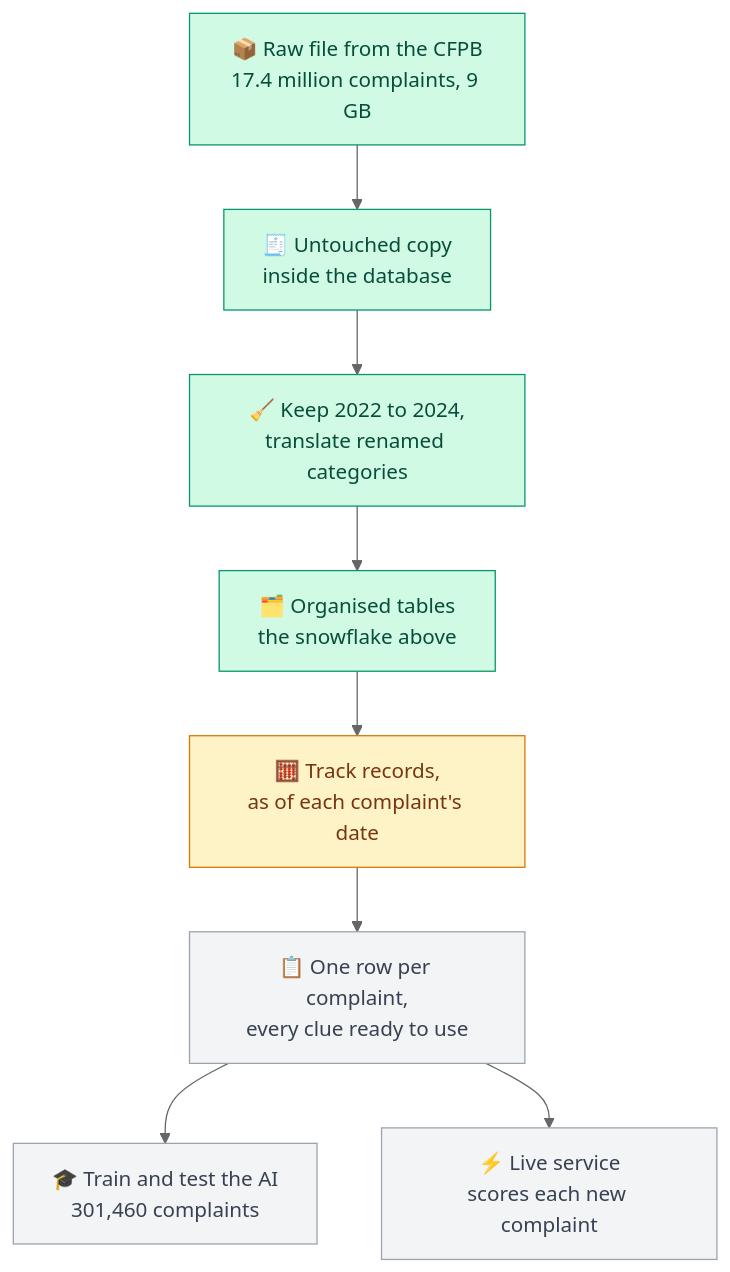
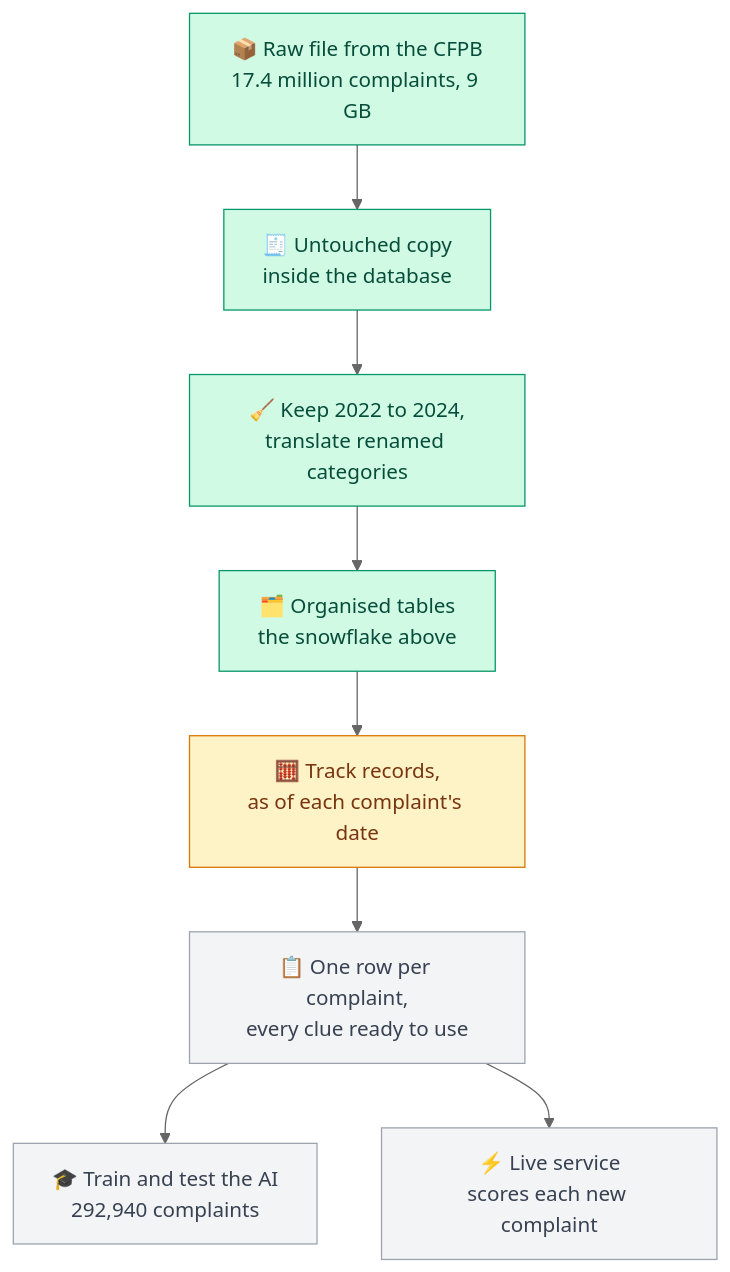
Before and after one commit to Bajaj30/TriageIQ: diagram 11 of 14 in README.md, drawn with Mermaid (neutral theme). The commit also changed other lines of this file and 8 other files, not shown here.

````diff
--- a/README.md
+++ b/README.md
@@ -287,16 +287,16 @@
 ```mermaid
 flowchart TD
     A["📦 Raw file from the CFPB<br/>17.4 million complaints, 9 GB"] --> B["🧾 Untouched copy<br/>inside the database"]
     B --> C["🧹 Keep 2022 to 2024,<br/>translate renamed categories"]
     C --> D["🗂️ Organised tables<br/>the snowflake above"]
     D --> E["🧮 Track records,<br/>as of each complaint's date"]
     E --> F["📋 One row per complaint,<br/>every clue ready to use"]
-    F --> G["🎓 Train and test the AI<br/>301,460 complaints"]
+    F --> G["🎓 Train and test the AI<br/>292,940 complaints"]
     F --> H["⚡ Live service<br/>scores each new complaint"]
     classDef done fill:#d1fae5,stroke:#059669,color:#064e3b
     classDef doing fill:#fef3c7,stroke:#d97706,color:#78350f
     classDef todo fill:#f3f4f6,stroke:#9ca3af,color:#374151
     class A,B,C,D done
     class E doing
     class F,G,H todo
 ```
````
